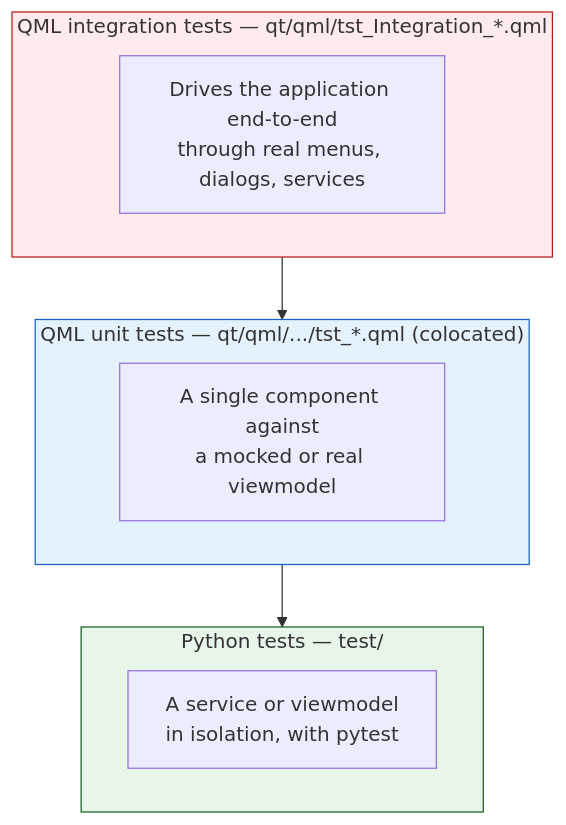
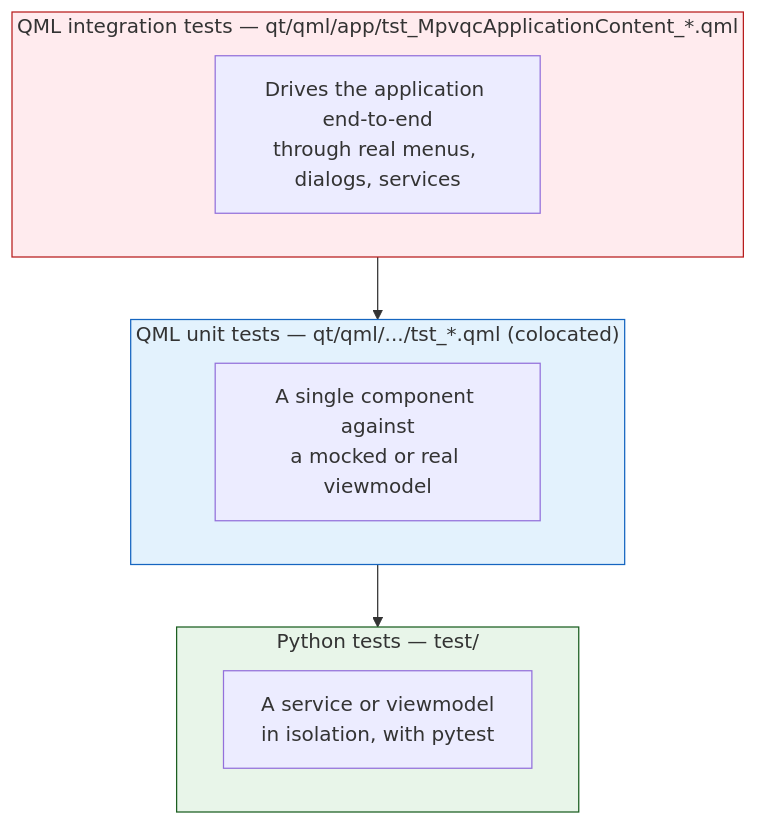
The second of 2 diagrams in docs/architecture.md (mpvqc/mpvQC), drawn with Mermaid before and after one commit. The commit also changed other lines of this file and 1 other file, not shown here.

First line of the commit message:
docs: update integration test path after app/ refactor

````diff
--- a/docs/architecture.md
+++ b/docs/architecture.md
@@ -52,22 +52,22 @@
 ```mermaid
 flowchart TB
-    subgraph Integration["QML integration tests — qt/qml/tst_Integration_*.qml"]
+    subgraph Integration["QML integration tests — qt/qml/app/tst_MpvqcApplicationContent_*.qml"]
         I1["Drives the application end-to-end<br/>through real menus, dialogs, services"]
     end
     subgraph QmlUnit["QML unit tests — qt/qml/.../tst_*.qml (colocated)"]
         Q1["A single component against<br/>a mocked or real viewmodel"]
     end
     subgraph PyUnit["Python tests — test/"]
         P1["A service or viewmodel<br/>in isolation, with pytest"]
     end
 
     Integration --> QmlUnit
     QmlUnit --> PyUnit
 
     classDef int fill:#ffebee,stroke:#b71c1c
     classDef qml fill:#e3f2fd,stroke:#1565c0
     classDef py fill:#e8f5e9,stroke:#1b5e20
     class Integration int
     class QmlUnit qml
     class PyUnit py
 ```
````
